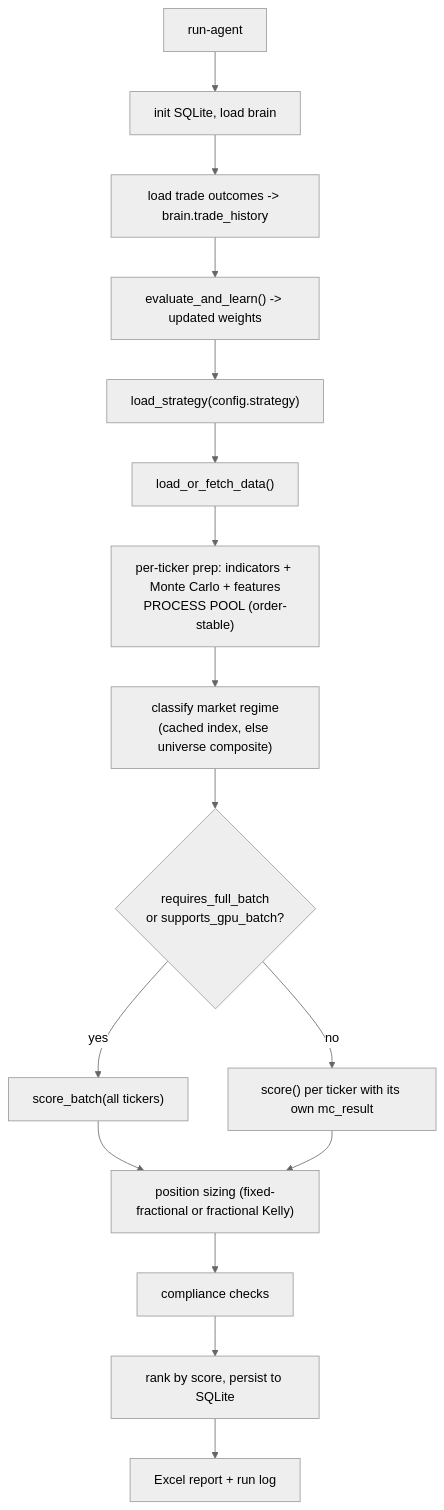
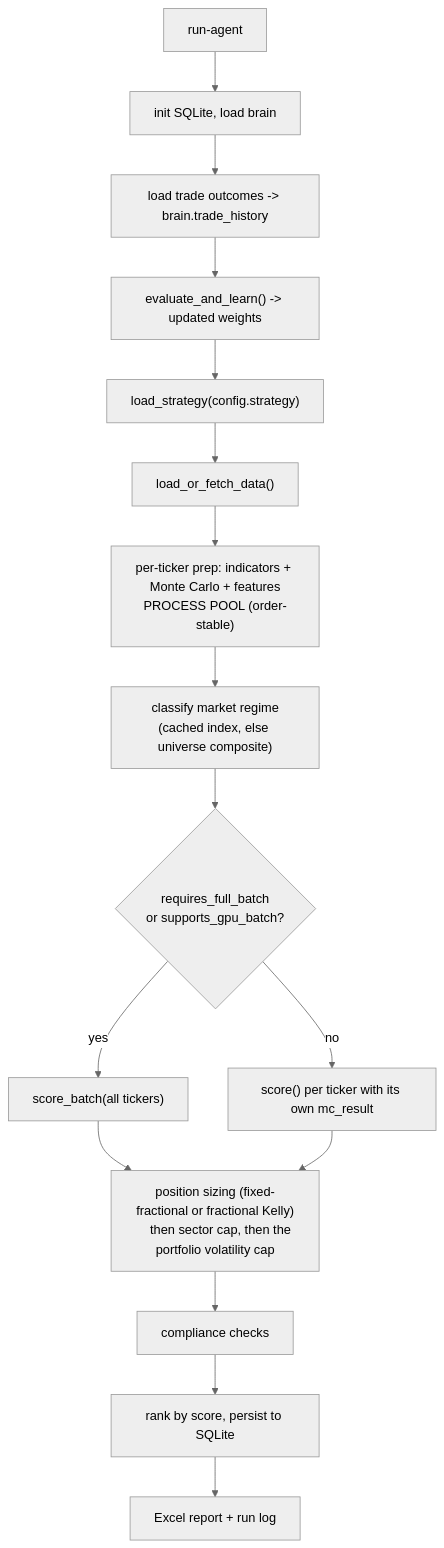
Before and after one commit to 3dwag98/afa: diagram 11 of 15 in docs/ARCHITECTURE.md, drawn with Mermaid (neutral theme). The commit also changed 7 other files, not shown here.

````diff
--- a/docs/ARCHITECTURE.md
+++ b/docs/ARCHITECTURE.md
@@ -502,18 +502,19 @@
 ```mermaid
 flowchart TD
     A["run-agent"] --> B["init SQLite, load brain"]
     B --> C["load trade outcomes -> brain.trade_history"]
     C --> D["evaluate_and_learn() -> updated weights"]
     D --> E["load_strategy(config.strategy)"]
     E --> F["load_or_fetch_data()"]
     F --> G["per-ticker prep: indicators + Monte Carlo + features<br/>PROCESS POOL (order-stable)"]
     G --> RG["classify market regime<br/>(cached index, else universe composite)"]
     RG --> H{"requires_full_batch<br/>or supports_gpu_batch?"}
     H -->|yes| I["score_batch(all tickers)"]
     H -->|no| J["score() per ticker with its own mc_result"]
-    I --> K["position sizing (fixed-fractional or fractional Kelly)"]
+    I --> K["position sizing (fixed-fractional or fractional Kelly)
+    then sector cap, then the portfolio volatility cap"]
     J --> K
     K --> L["compliance checks"]
     L --> M["rank by score, persist to SQLite"]
     M --> N["Excel report + run log"]
 ```
````
